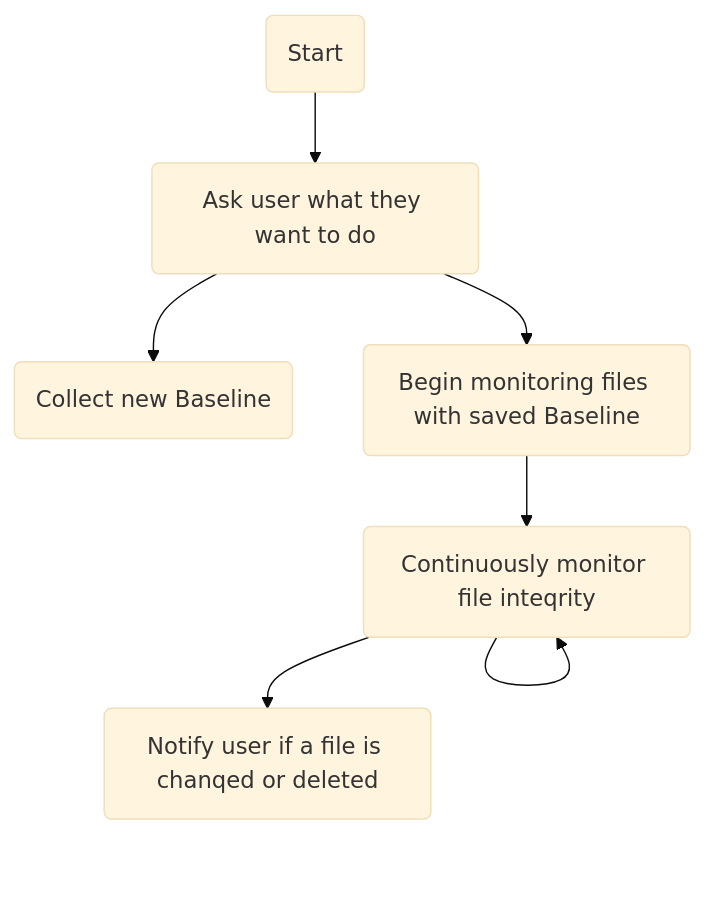
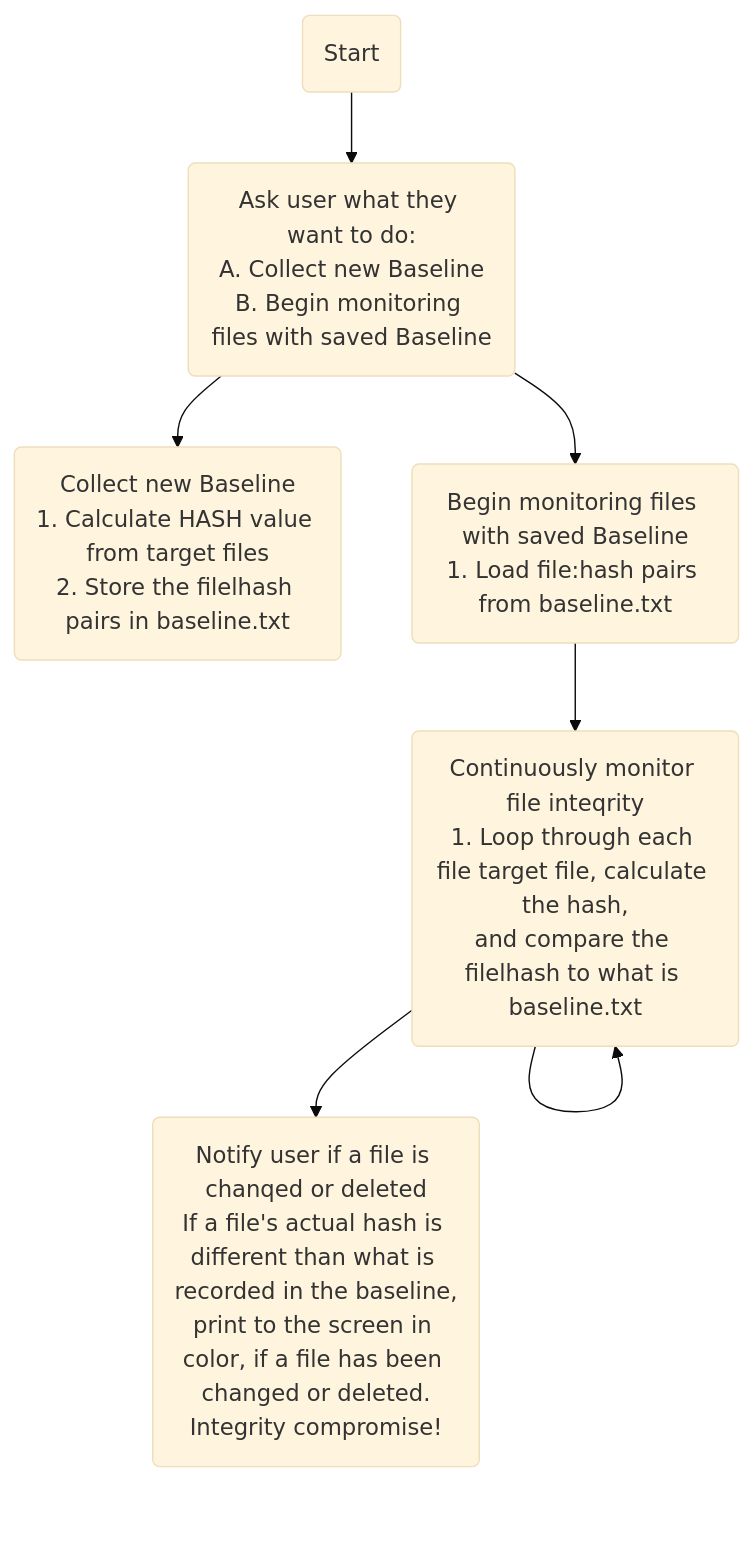
One commit to GTekSD/File-Integrity-Monitor changed the diagram in README.md. Above: the diagram before and after it, drawn with Mermaid (base theme).

````diff
--- a/README.md
+++ b/README.md
@@ -13,9 +13,9 @@
 ```mermaid
 graph TD;
-    A(Start)-->B(Ask user what they want to do);
-    B-->C(Collect new Baseline);
-    B-->D(Begin monitoring files with saved Baseline);
-    D-->E(Continuously monitor file inteqrity);
+    A(Start)-->B(Ask user what they want to do:<br />A. Collect new Baseline<br />B. Begin monitoring files with saved Baseline);
+    B-->C(Collect new Baseline<br />1. Calculate HASH value from target files<br />2. Store the filelhash pairs in baseline.txt);
+    B-->D(Begin monitoring files with saved Baseline<br />1. Load file:hash pairs from baseline.txt);
+    D-->E(Continuously monitor file inteqrity<br />1. Loop through each file target file, calculate the hash,<br />and compare the filelhash to what is baseline.txt);
     E-->E;
-    E-->F(Notify user if a file is chanqed or deleted);
+    E-->F(Notify user if a file is chanqed or deleted<br />If a file's actual hash is different than what is recorded in the baseline,<br />print to the screen in color, if a file has been changed or deleted.<br />Integrity compromise!);
 ```
````
